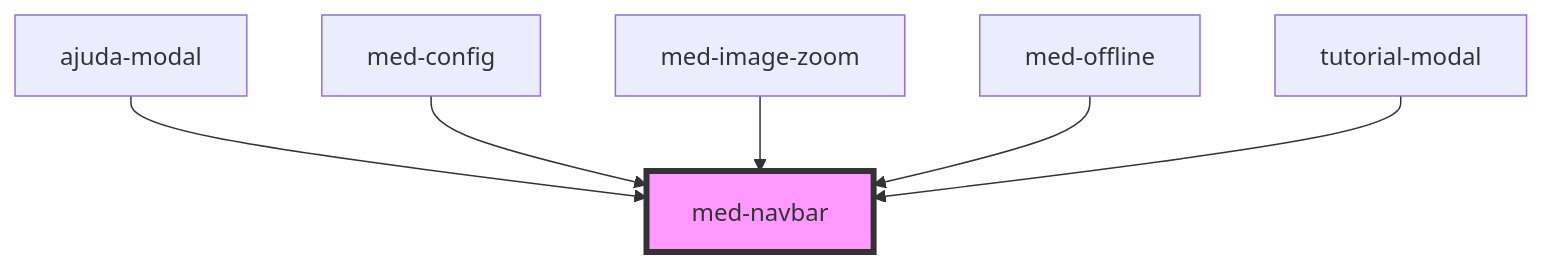
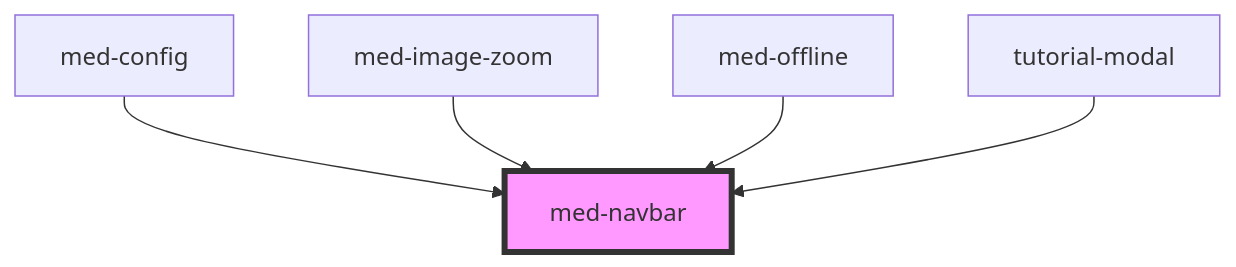
Before and after one commit to MEDGRUPOGIT/ionic-framework-1: the diagram in core/src/components/@templarios/compositions/med-navbar/readme.md, drawn with Mermaid. The commit also changed other lines of this file and 7 other files, not shown here.

Commit message:
migração simulados modal ajuda

````diff
--- a/core/src/components/@templarios/compositions/med-navbar/readme.md
+++ b/core/src/components/@templarios/compositions/med-navbar/readme.md
@@ -27,9 +26,8 @@
 ```mermaid
 graph TD;
-  ajuda-modal --> med-navbar
   med-config --> med-navbar
   med-image-zoom --> med-navbar
   med-offline --> med-navbar
   tutorial-modal --> med-navbar
   style med-navbar fill:#f9f,stroke:#333,stroke-width:4px
 ```
````
